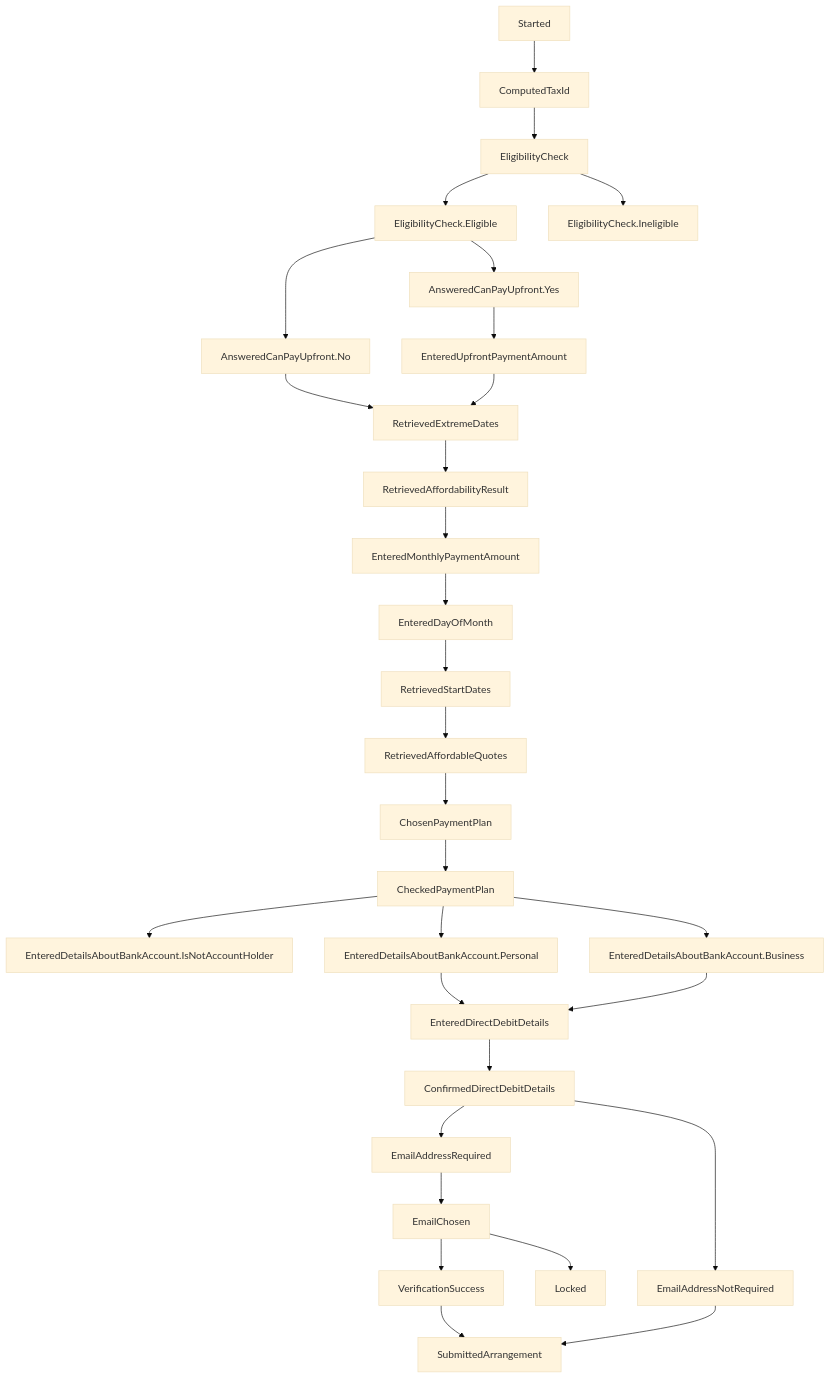
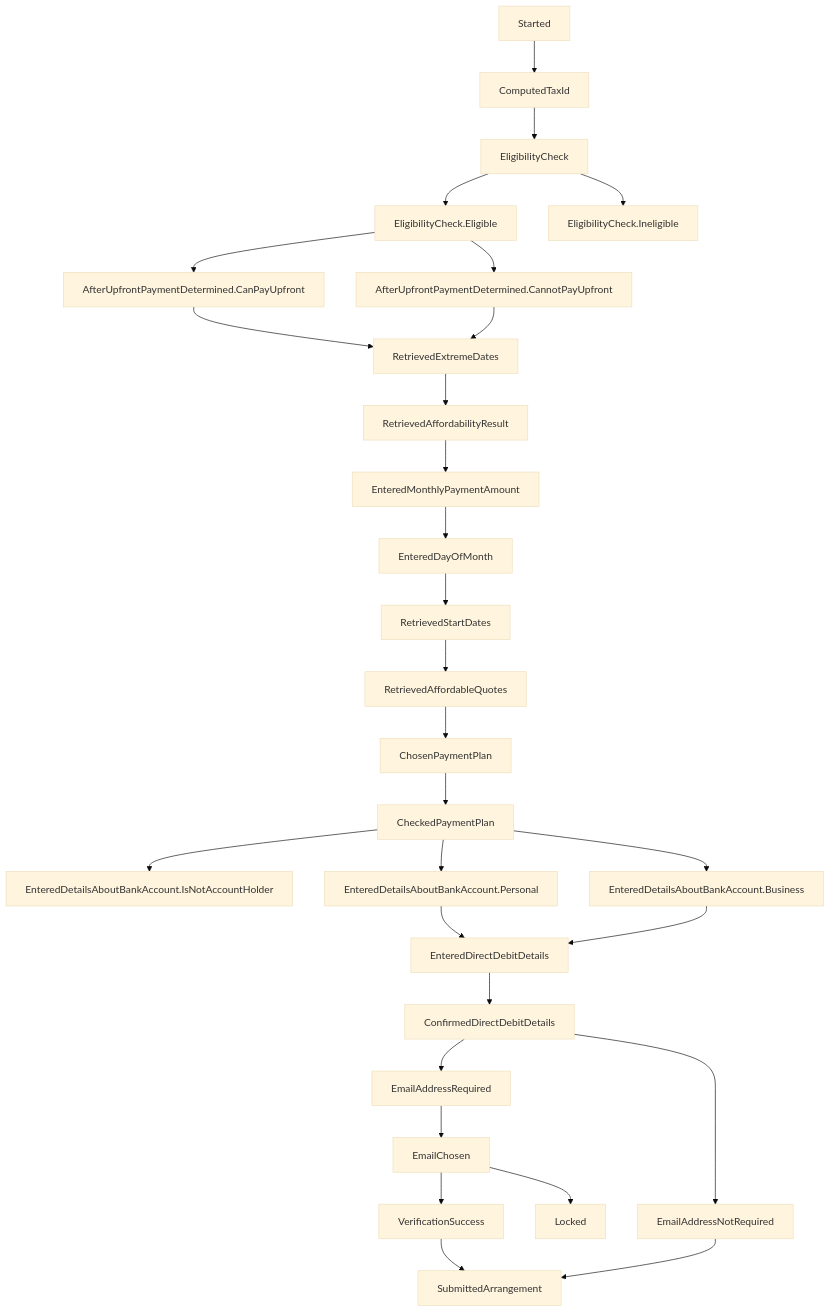
The diagram in README.md (hmrc/essttp-backend), drawn with Mermaid (base theme) before and after one commit. The commit also changed 15 other files, not shown here.

````diff
--- a/README.md
+++ b/README.md
@@ -35,31 +35,31 @@
 ```mermaid
 graph TD;
     Started --> ComputedTaxId;
     ComputedTaxId --> EligibilityCheck;
     EligibilityCheck --> EligibilityCheck.Eligible;
     EligibilityCheck --> EligibilityCheck.Ineligible;
-    EligibilityCheck.Eligible --> AnsweredCanPayUpfront.Yes;
-    EligibilityCheck.Eligible --> AnsweredCanPayUpfront.No;
-    AnsweredCanPayUpfront.No --> RetrievedExtremeDates;
-    AnsweredCanPayUpfront.Yes --> EnteredUpfrontPaymentAmount --> RetrievedExtremeDates;
+    EligibilityCheck.Eligible --> AfterUpfrontPaymentDetermined.CanPayUpfront;
+    EligibilityCheck.Eligible --> AfterUpfrontPaymentDetermined.CannotPayUpfront;
+    AfterUpfrontPaymentDetermined.CanPayUpfront --> RetrievedExtremeDates;
+    AfterUpfrontPaymentDetermined.CannotPayUpfront --> RetrievedExtremeDates;
     RetrievedExtremeDates --> RetrievedAffordabilityResult;
     RetrievedAffordabilityResult --> EnteredMonthlyPaymentAmount;
     EnteredMonthlyPaymentAmount --> EnteredDayOfMonth;
     EnteredDayOfMonth --> RetrievedStartDates;
     RetrievedStartDates --> RetrievedAffordableQuotes;
     RetrievedAffordableQuotes --> ChosenPaymentPlan;
     ChosenPaymentPlan --> CheckedPaymentPlan;
     CheckedPaymentPlan --> EnteredDetailsAboutBankAccount.IsNotAccountHolder;
     CheckedPaymentPlan --> EnteredDetailsAboutBankAccount.Personal;
     CheckedPaymentPlan --> EnteredDetailsAboutBankAccount.Business;
     EnteredDetailsAboutBankAccount.Personal --> EnteredDirectDebitDetails;
     EnteredDetailsAboutBankAccount.Business --> EnteredDirectDebitDetails;
     EnteredDirectDebitDetails --> ConfirmedDirectDebitDetails;
     ConfirmedDirectDebitDetails --> EmailAddressRequired;
     ConfirmedDirectDebitDetails --> EmailAddressNotRequired;
     EmailAddressRequired --> EmailChosen;
     EmailChosen --> Locked;
     EmailChosen --> VerificationSuccess;
     VerificationSuccess --> SubmittedArrangement;
     EmailAddressNotRequired --> SubmittedArrangement;
 ```
````
